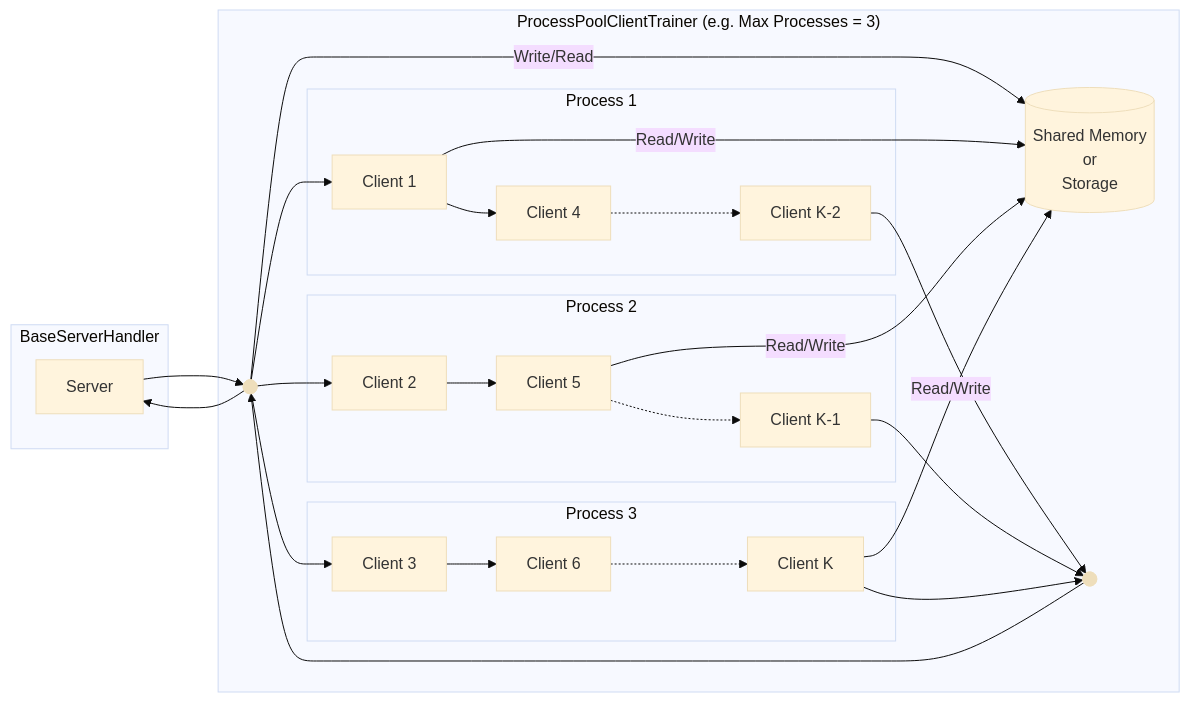
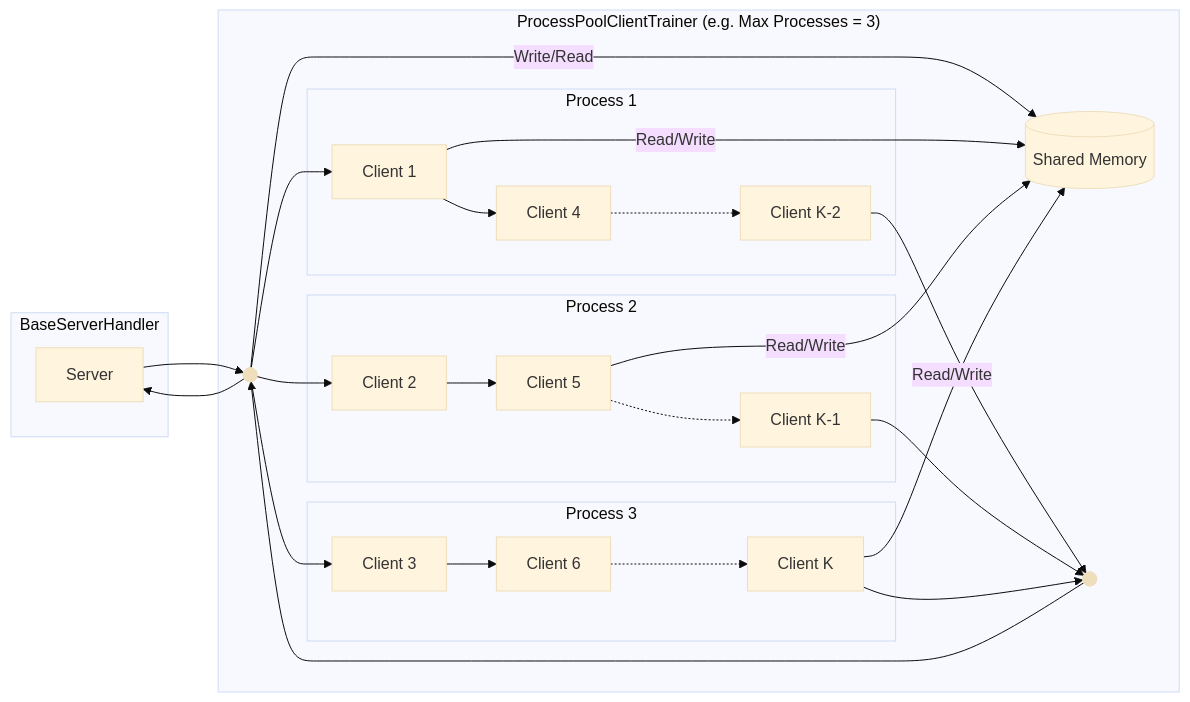
One commit to blazefl/blazefl changed the second of 5 diagrams in README.md. Above: the diagram before and after it, drawn with Mermaid (base theme). The commit also changed other lines of this file and 15 other files, not shown here.

````diff
--- a/README.md
+++ b/README.md
@@ -82,36 +80,36 @@
 ```mermaid
 graph LR
     subgraph "`BaseServerHandler`"
       STS[Server]
     end
 
     subgraph "ProcessPoolClientTrainer (e.g. Max Processes = 3)"
-      SHM[("<center>Shared Memory<br>or<br>Storage</center>")]
+      SHM[("<center>Shared Memory</center>")]
       SPJ1@{ shape: f-circ, label: "Junction" }
       subgraph "Process 1"
         SP1[Client 1] --> SP4[Client 4]
         SP4 -.-> SPK-2[Client K-2]
       end
       subgraph "Process 2"
         SP2[Client 2] --> SP5[Client 5]
         SP5 -.-> SPK-1[Client K-1]
       end
       subgraph "Process 3"
         SP3[Client 3] --> SP6[Client 6]
         SP6 -.-> SPK[Client K]
       end
       SPJ1 --> SP1
       SPJ1 --> SP2
       SPJ1 --> SP3
       SPK-2 --> SPJ2@{ shape: f-circ, label: "Junction" }
       SPK-1 --> SPJ2
       SPK --> SPJ2
       SPJ2 --> SPJ1
       SPJ1 --Write/Read--> SHM
       SP1 --Read/Write--> SHM
       SP5 --Read/Write--> SHM
       SPK --Read/Write--> SHM
     end
     SPJ1 --> STS
     STS --> SPJ1
 ```
````
